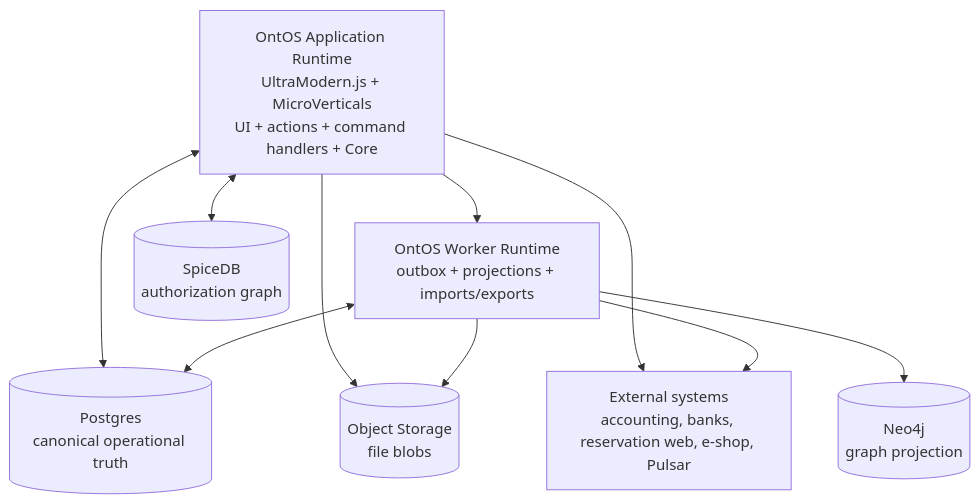
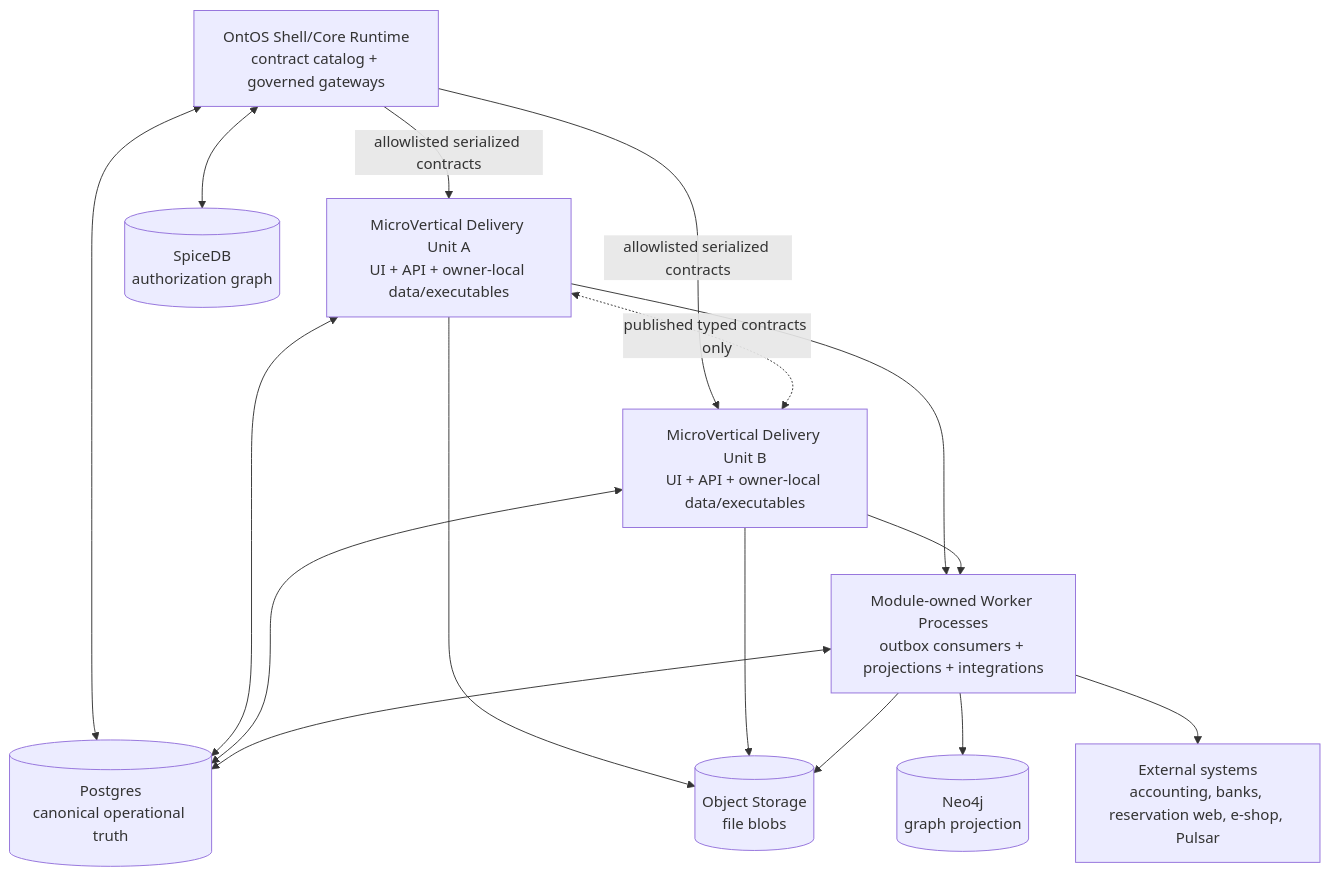
One commit to TechsioCZ/ontos changed the diagram in docs/diagrams/c4-L2-containers.md. Above: the diagram before and after it, drawn with Mermaid. The commit also changed 14 other files, not shown here.

````diff
--- a/docs/diagrams/c4-L2-containers.md
+++ b/docs/diagrams/c4-L2-containers.md
@@ -3,20 +3,28 @@
 ```mermaid
 flowchart TB
-  app[OntOS Application Runtime\nUltraModern.js + MicroVerticals\nUI + actions + command handlers + Core]
-  workers[OntOS Worker Runtime\noutbox + projections + imports/exports]
+  shell[OntOS Shell/Core Runtime\ncontract catalog + governed gateways]
+  mv1[MicroVertical Delivery Unit A\nUI + API + owner-local data/executables]
+  mv2[MicroVertical Delivery Unit B\nUI + API + owner-local data/executables]
+  workers[Module-owned Worker Processes\noutbox consumers + projections + integrations]
   pg[(Postgres\ncanonical operational truth)]
   neo[(Neo4j\ngraph projection)]
   sp[(SpiceDB\nauthorization graph)]
   obj[(Object Storage\nfile blobs)]
   ext[External systems\naccounting, banks, reservation web, e-shop, Pulsar]
 
-  app <--> pg
-  app <--> sp
-  app --> obj
-  app --> ext
-  app --> workers
+  shell -->|allowlisted serialized contracts| mv1
+  shell -->|allowlisted serialized contracts| mv2
+  mv1 <-.->|published typed contracts only| mv2
+  shell <--> pg
+  shell <--> sp
+  mv1 <--> pg
+  mv2 <--> pg
+  mv1 --> obj
+  mv2 --> obj
+  mv1 --> workers
+  mv2 --> workers
   workers <--> pg
   workers --> neo
   workers --> ext
   workers --> obj
 ```
````
